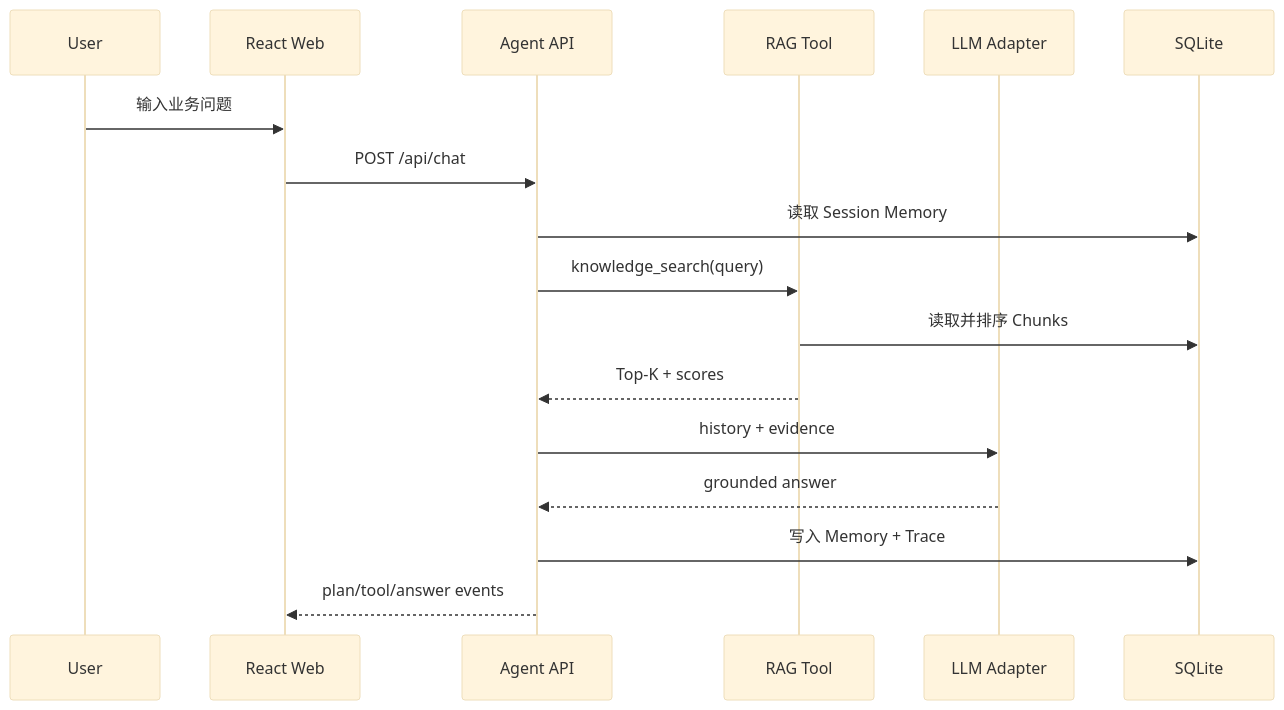
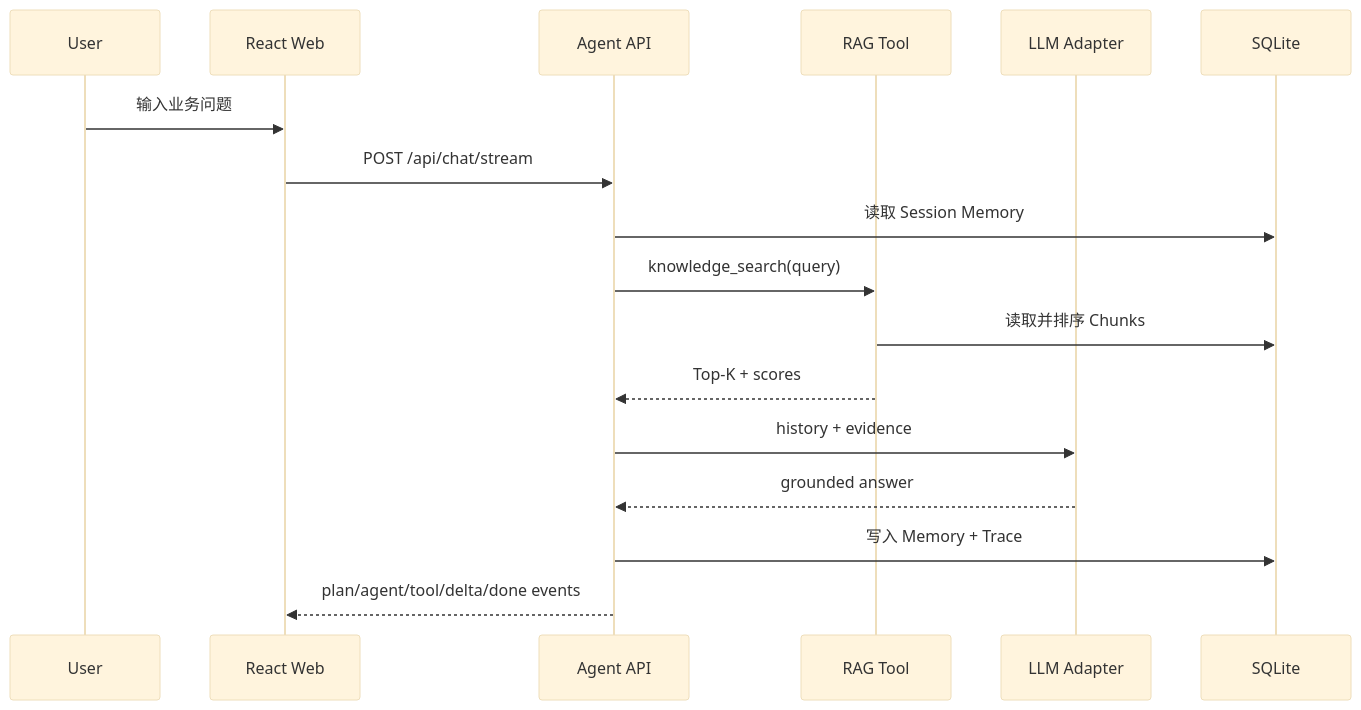
Before and after one commit to Bewell-bit/ai-knowledge-copilot: the first of 2 diagrams in docs/ARCHITECTURE.md, drawn with Mermaid (base theme). The commit also changed other lines of this file and 10 other files, not shown here.

````diff
--- a/docs/ARCHITECTURE.md
+++ b/docs/ARCHITECTURE.md
@@ -14,19 +14,19 @@
 ```mermaid
 sequenceDiagram
   participant U as User
   participant W as React Web
   participant A as Agent API
   participant R as RAG Tool
   participant M as LLM Adapter
   participant D as SQLite
   U->>W: 输入业务问题
-  W->>A: POST /api/chat
+  W->>A: POST /api/chat/stream
   A->>D: 读取 Session Memory
   A->>R: knowledge_search(query)
   R->>D: 读取并排序 Chunks
   R-->>A: Top-K + scores
   A->>M: history + evidence
   M-->>A: grounded answer
   A->>D: 写入 Memory + Trace
-  A-->>W: plan/tool/answer events
+  A-->>W: plan/agent/tool/delta/done events
 ```
````
